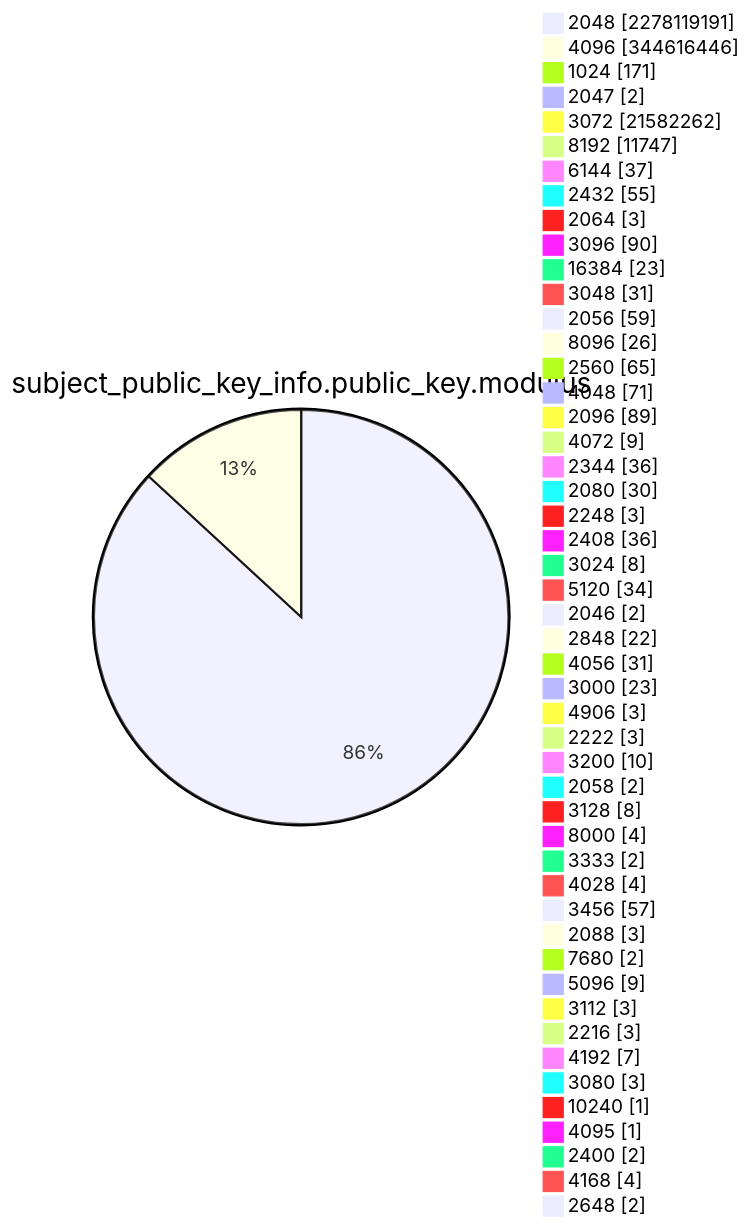
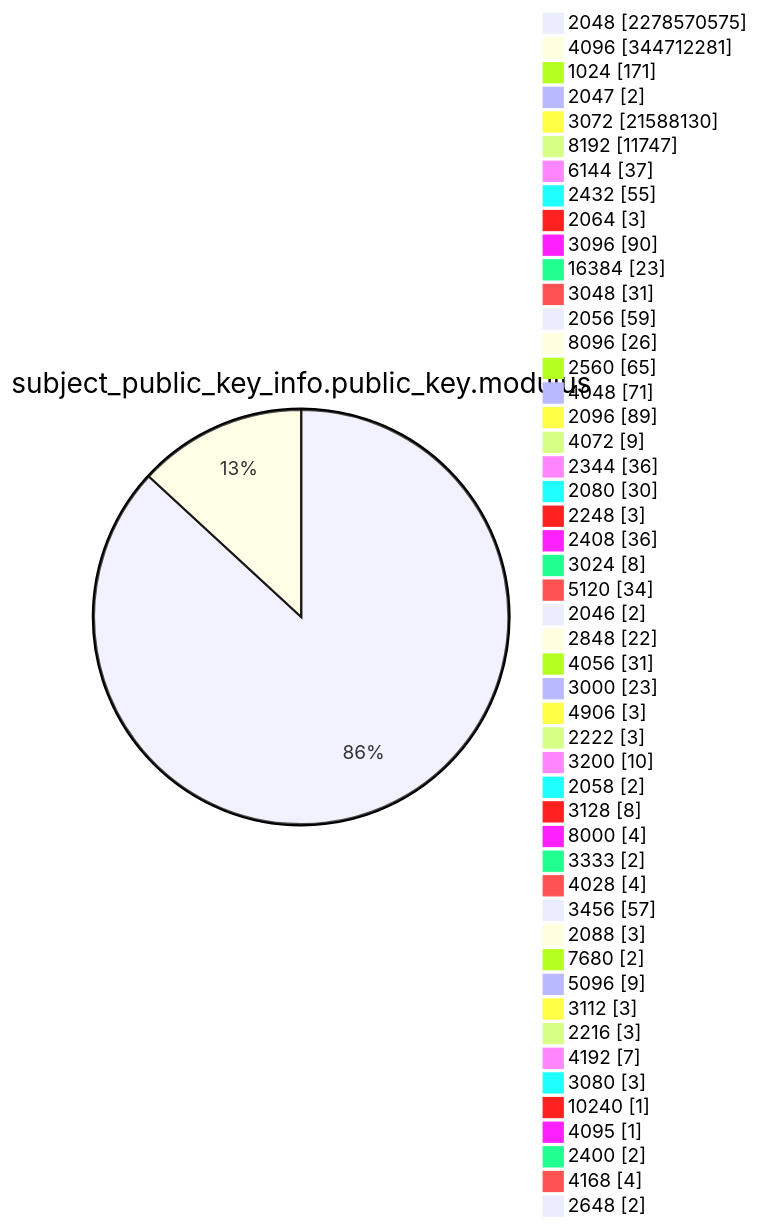
One commit to christiankrug/ctmonitor_visualization changed diagram 13 of 15 in TOTAL/README.md. Above: the diagram before and after it, drawn with Mermaid. The commit also changed other lines of this file, not shown here.

````diff
--- a/TOTAL/README.md
+++ b/TOTAL/README.md
@@ -4165,53 +4165,53 @@
 ```mermaid
 pie showData
 title subject_public_key_info.public_key.modulus
-"2048" :2278119191
-"4096" :344616446
+"2048" :2278570575
+"4096" :344712281
 "1024" :171
 "2047" :2
-"3072" :21582262
+"3072" :21588130
 "8192" :11747
 "6144" :37
 "2432" :55
 "2064" :3
 "3096" :90
 "16384" :23
 "3048" :31
 "2056" :59
 "8096" :26
 "2560" :65
 "4048" :71
 "2096" :89
 "4072" :9
 "2344" :36
 "2080" :30
 "2248" :3
 "2408" :36
 "3024" :8
 "5120" :34
 "2046" :2
 "2848" :22
 "4056" :31
 "3000" :23
 "4906" :3
 "2222" :3
 "3200" :10
 "2058" :2
 "3128" :8
 "8000" :4
 "3333" :2
 "4028" :4
 "3456" :57
 "2088" :3
 "7680" :2
 "5096" :9
 "3112" :3
 "2216" :3
 "4192" :7
 "3080" :3
 "10240" :1
 "4095" :1
 "2400" :2
 "4168" :4
 "2648" :2
 ```
````
